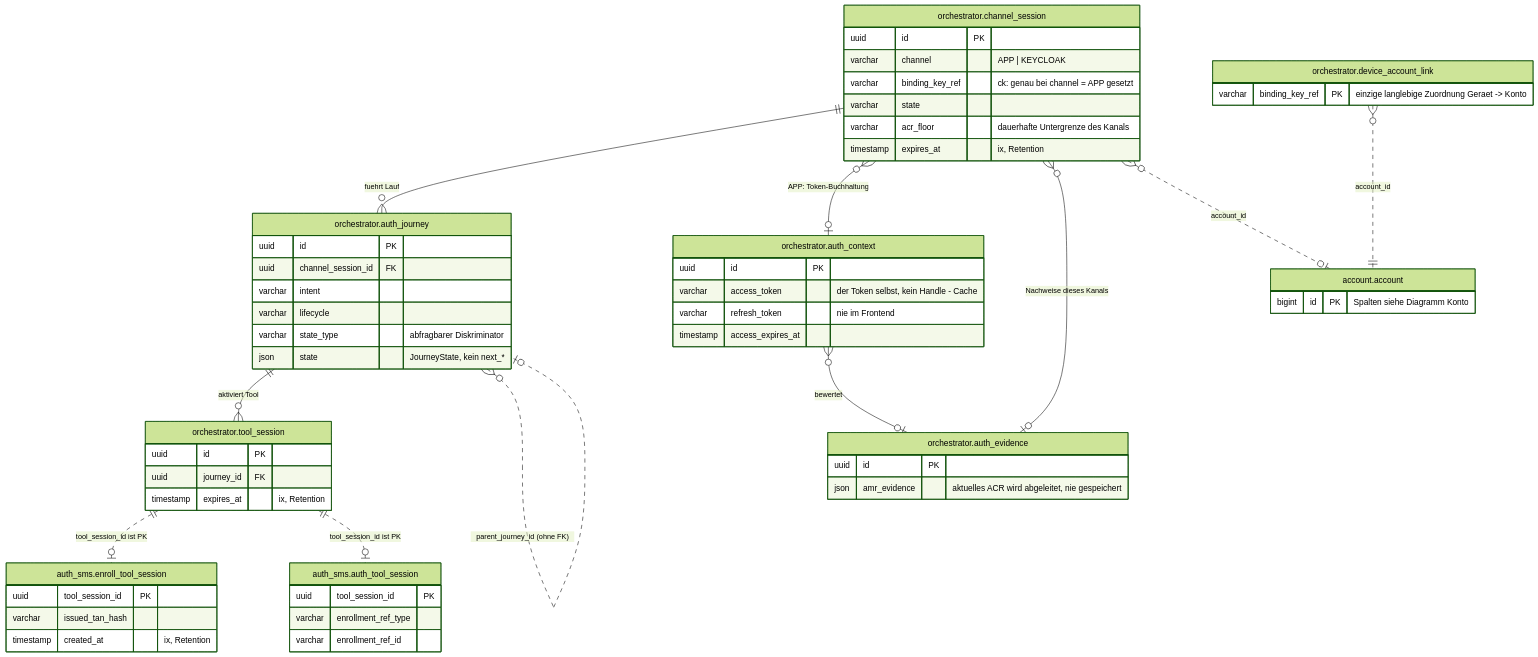
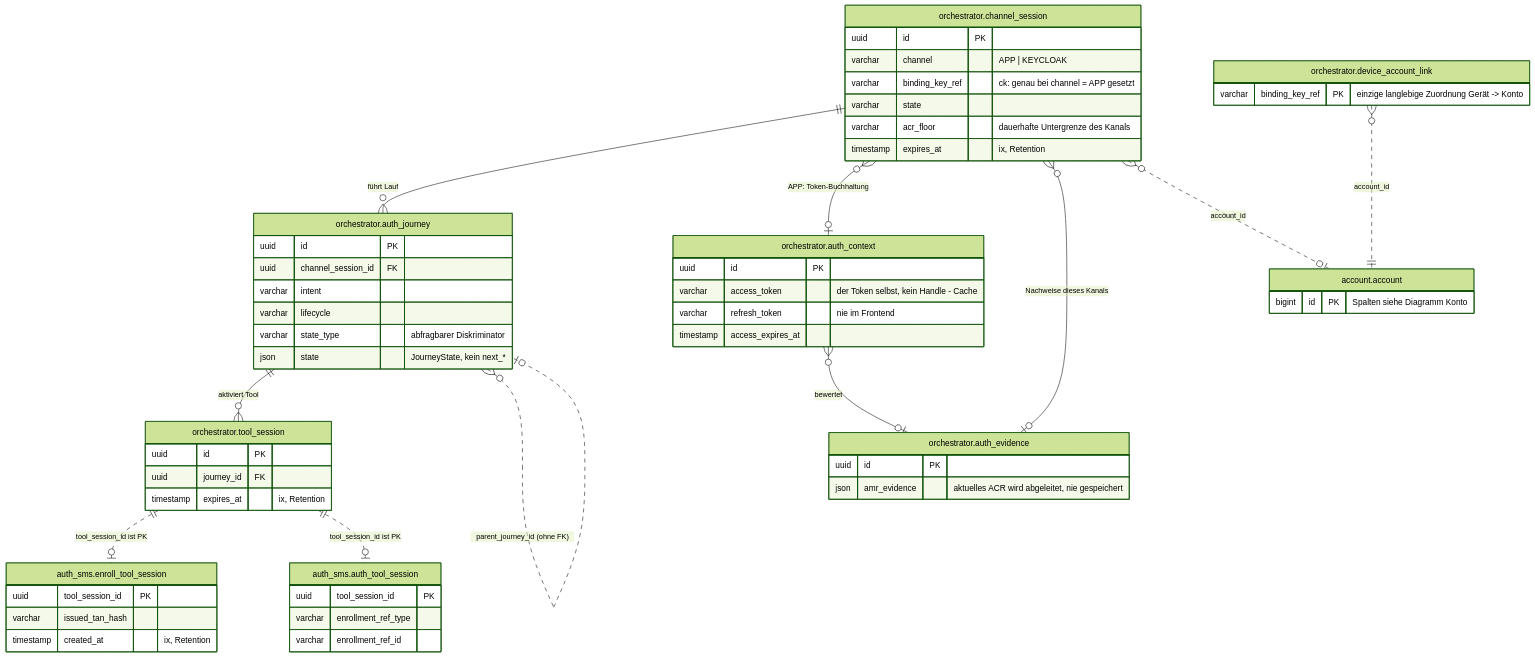
One commit to rpreissel/DPoP-demo changed the fifth of 5 diagrams in docs/02-domaenenmodell.md. Above: the diagram before and after it, drawn with Mermaid (forest theme). The commit also changed other lines of this file and 19 other files, not shown here.

````diff
--- a/docs/02-domaenenmodell.md
+++ b/docs/02-domaenenmodell.md
@@ -241,61 +241,61 @@
 ```mermaid
 erDiagram
-  orchestrator.channel_session ||--o{ orchestrator.auth_journey : "fuehrt Lauf"
+  orchestrator.channel_session ||--o{ orchestrator.auth_journey : "führt Lauf"
   orchestrator.auth_journey ||--o{ orchestrator.tool_session : "aktiviert Tool"
   orchestrator.channel_session }o--o| orchestrator.auth_context : "APP: Token-Buchhaltung"
   orchestrator.channel_session }o--o| orchestrator.auth_evidence : "Nachweise dieses Kanals"
   orchestrator.auth_context }o--o| orchestrator.auth_evidence : "bewertet"
   orchestrator.auth_journey }o..o| orchestrator.auth_journey : "parent_journey_id (ohne FK)"
   orchestrator.tool_session ||..o| auth_sms.enroll_tool_session : "tool_session_id ist PK"
   orchestrator.tool_session ||..o| auth_sms.auth_tool_session : "tool_session_id ist PK"
   orchestrator.channel_session }o..o| account.account : "account_id"
   orchestrator.device_account_link }o..|| account.account : "account_id"
 
   orchestrator.channel_session {
     uuid id PK
     varchar channel "APP | KEYCLOAK"
     varchar binding_key_ref "ck: genau bei channel = APP gesetzt"
     varchar state
     varchar acr_floor "dauerhafte Untergrenze des Kanals"
     timestamp expires_at "ix, Retention"
   }
   orchestrator.auth_journey {
     uuid id PK
     uuid channel_session_id FK
     varchar intent
     varchar lifecycle
     varchar state_type "abfragbarer Diskriminator"
     json state "JourneyState, kein next_*"
   }
   orchestrator.tool_session {
     uuid id PK
     uuid journey_id FK
     timestamp expires_at "ix, Retention"
   }
   orchestrator.auth_context {
     uuid id PK
     varchar access_token "der Token selbst, kein Handle - Cache"
     varchar refresh_token "nie im Frontend"
     timestamp access_expires_at
   }
   orchestrator.auth_evidence {
     uuid id PK
     json amr_evidence "aktuelles ACR wird abgeleitet, nie gespeichert"
   }
   orchestrator.device_account_link {
-    varchar binding_key_ref PK "einzige langlebige Zuordnung Geraet -> Konto"
+    varchar binding_key_ref PK "einzige langlebige Zuordnung Gerät -> Konto"
   }
   account.account {
     bigint id PK "Spalten siehe Diagramm Konto"
   }
   auth_sms.enroll_tool_session {
     uuid tool_session_id PK
     varchar issued_tan_hash
     timestamp created_at "ix, Retention"
   }
   auth_sms.auth_tool_session {
     uuid tool_session_id PK
     varchar enrollment_ref_type
     varchar enrollment_ref_id
   }
 ```
````
